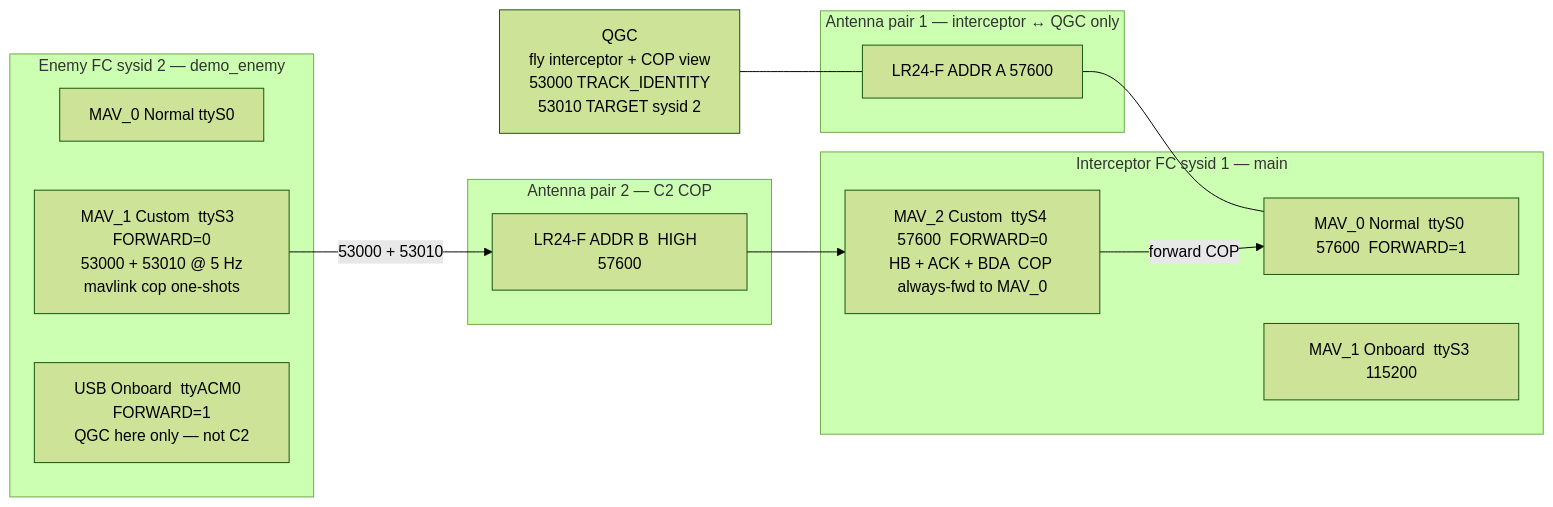
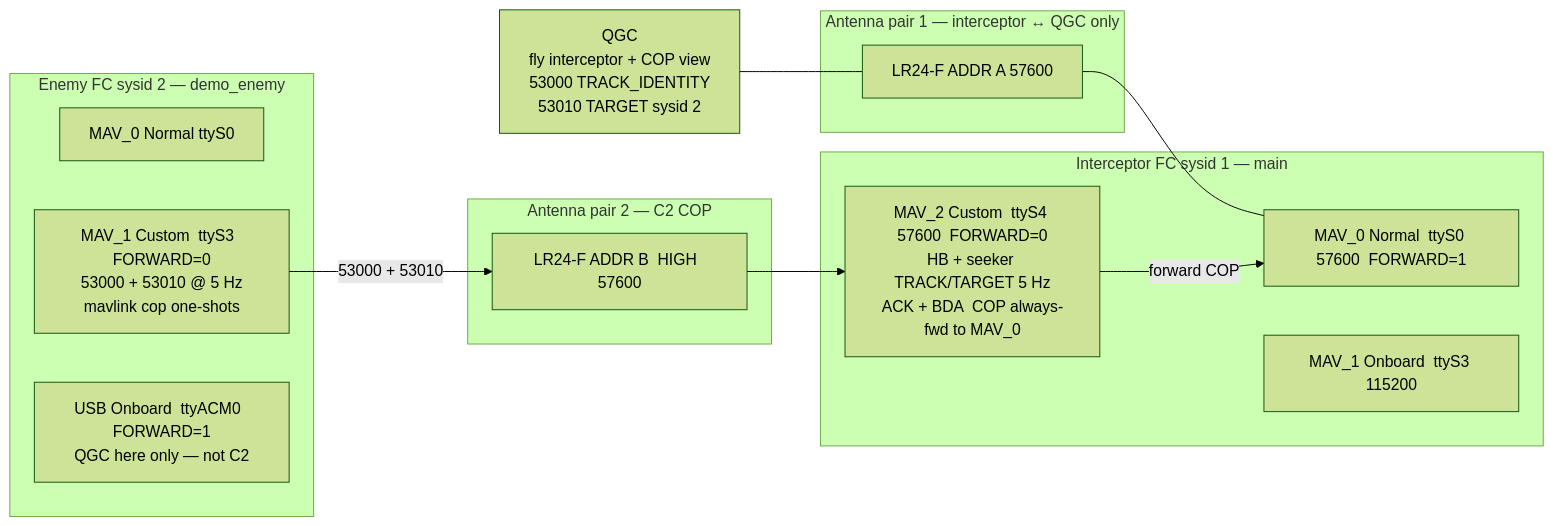
The first of 2 diagrams in interceptor_mavlink_m_example.md (TheLukaDragar/PX4-Autopilot), drawn with Mermaid (forest theme) before and after one commit. The commit also changed other lines of this file and 1 other file, not shown here.

First line of the commit message:
feat(mavlink): stream seeker TRACK/TARGET on interceptor C2

````diff
--- a/interceptor_mavlink_m_example.md
+++ b/interceptor_mavlink_m_example.md
@@ -23,28 +23,28 @@
 ```mermaid
 flowchart LR
   QGC["QGC<br/>fly interceptor + COP view<br/>53000 TRACK_IDENTITY<br/>53010 TARGET  sysid 2"]
 
   subgraph qgcPair["Antenna pair 1 — interceptor ↔ QGC only"]
     RQ["LR24-F ADDR A  57600"]
   end
 
   subgraph icept["Interceptor FC  sysid 1  — main"]
     I0["MAV_0 Normal  ttyS0 57600  FORWARD=1"]
     I1["MAV_1 Onboard  ttyS3 115200"]
-    I2["MAV_2 Custom  ttyS4 57600  FORWARD=0<br/>HB + ACK + BDA  COP always-fwd to MAV_0"]
+    I2["MAV_2 Custom  ttyS4 57600  FORWARD=0<br/>HB + seeker TRACK/TARGET 5 Hz<br/>ACK + BDA  COP always-fwd to MAV_0"]
   end
 
   subgraph c2Pair["Antenna pair 2 — C2 COP"]
     RC["LR24-F ADDR B  HIGH  57600"]
   end
 
   subgraph enemy["Enemy FC  sysid 2  — demo_enemy"]
     E0["MAV_0 Normal  ttyS0"]
     E1["MAV_1 Custom  ttyS3  FORWARD=0<br/>53000 + 53010 @ 5 Hz<br/>mavlink cop one-shots"]
     EU["USB Onboard  ttyACM0  FORWARD=1<br/>QGC here only — not C2"]
   end
 
   QGC --- RQ --- I0
   E1 -->|"53000 + 53010"| RC --> I2
   I2 -->|"forward COP"| I0
 ```
````
